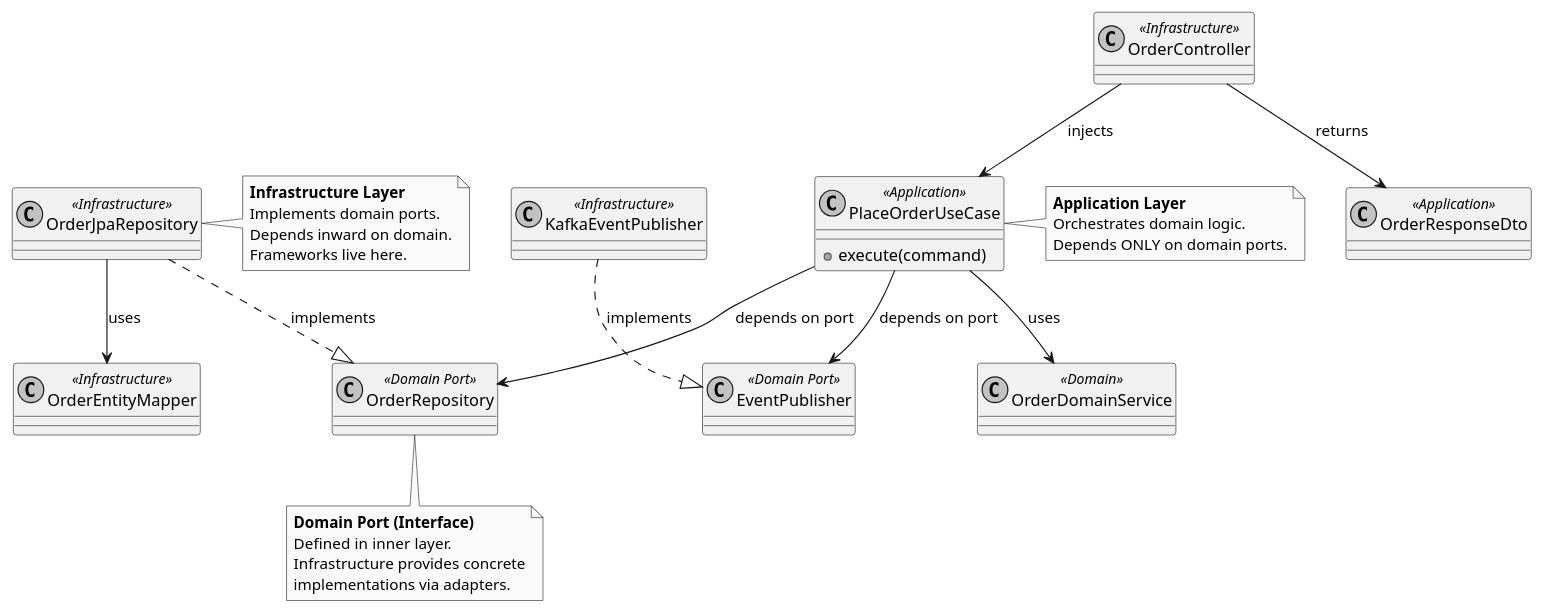
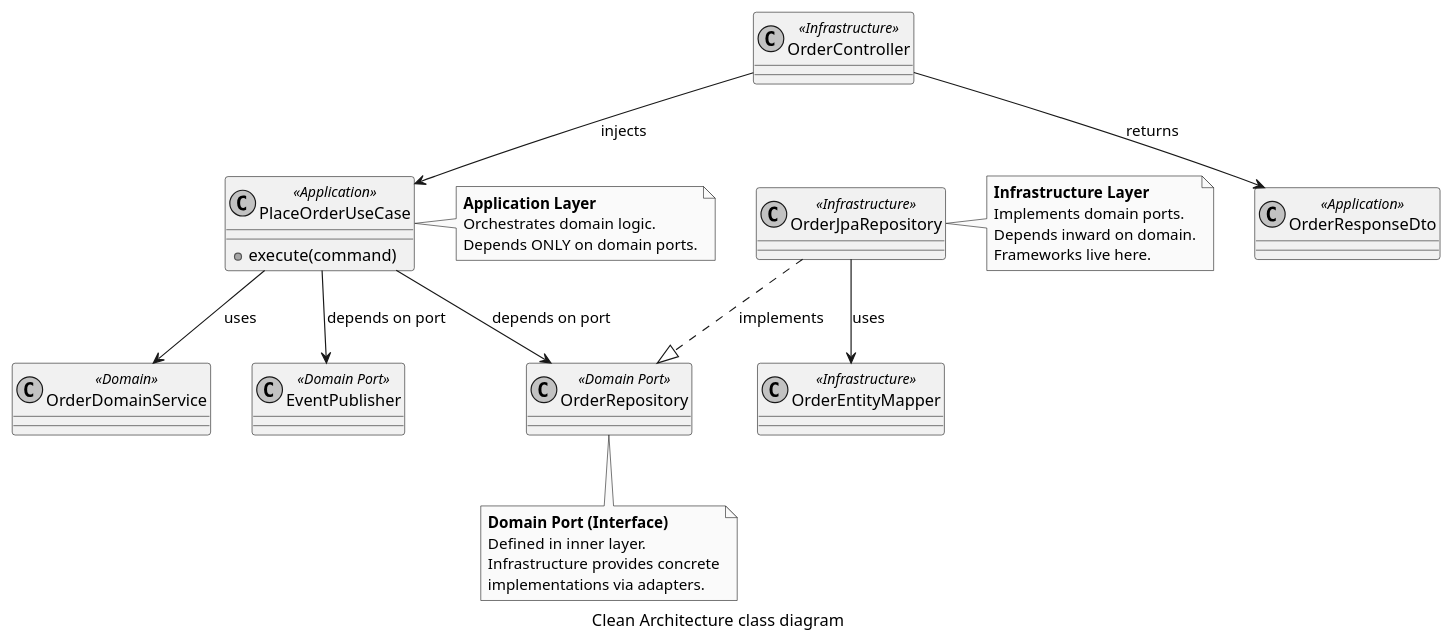
The diagram in docs/01-agnostic/01-standards/02-architecture.md (leonardsoetedjo/app-architecture-template), drawn with PlantUML before and after one commit. The commit also changed other lines of this file and 5 other files, not shown here.

````diff
--- a/docs/01-agnostic/01-standards/02-architecture.md
+++ b/docs/01-agnostic/01-standards/02-architecture.md
@@ -10,51 +10,50 @@
 ```plantuml
 @startuml
 skinparam monochrome true
 
 class OrderDomainService <<Domain>>
 class OrderRepository <<Domain Port>>
 class EventPublisher <<Domain Port>>
 
 class PlaceOrderUseCase <<Application>> {
   + execute(command)
 }
 class OrderResponseDto <<Application>>
 
 class OrderJpaRepository <<Infrastructure>>
 class OrderController <<Infrastructure>>
-class KafkaEventPublisher <<Infrastructure>>
 class OrderEntityMapper <<Infrastructure>>
 
 PlaceOrderUseCase --> OrderDomainService : uses
 PlaceOrderUseCase --> OrderRepository : depends on port
 PlaceOrderUseCase --> EventPublisher : depends on port
 
 OrderJpaRepository ..|> OrderRepository : implements
-KafkaEventPublisher ..|> EventPublisher : implements
 
 OrderController --> PlaceOrderUseCase : injects
 OrderController --> OrderResponseDto : returns
 
 OrderJpaRepository --> OrderEntityMapper : uses
 
 note right of PlaceOrderUseCase
   **Application Layer**
   Orchestrates domain logic.
   Depends ONLY on domain ports.
 end note
 
 note bottom of OrderRepository
   **Domain Port (Interface)**
   Defined in inner layer.
   Infrastructure provides concrete
   implementations via adapters.
 end note
 
 note right of OrderJpaRepository
   **Infrastructure Layer**
   Implements domain ports.
   Depends inward on domain.
   Frameworks live here.
 end note
+caption Clean Architecture class diagram
 @enduml
 ```
````
